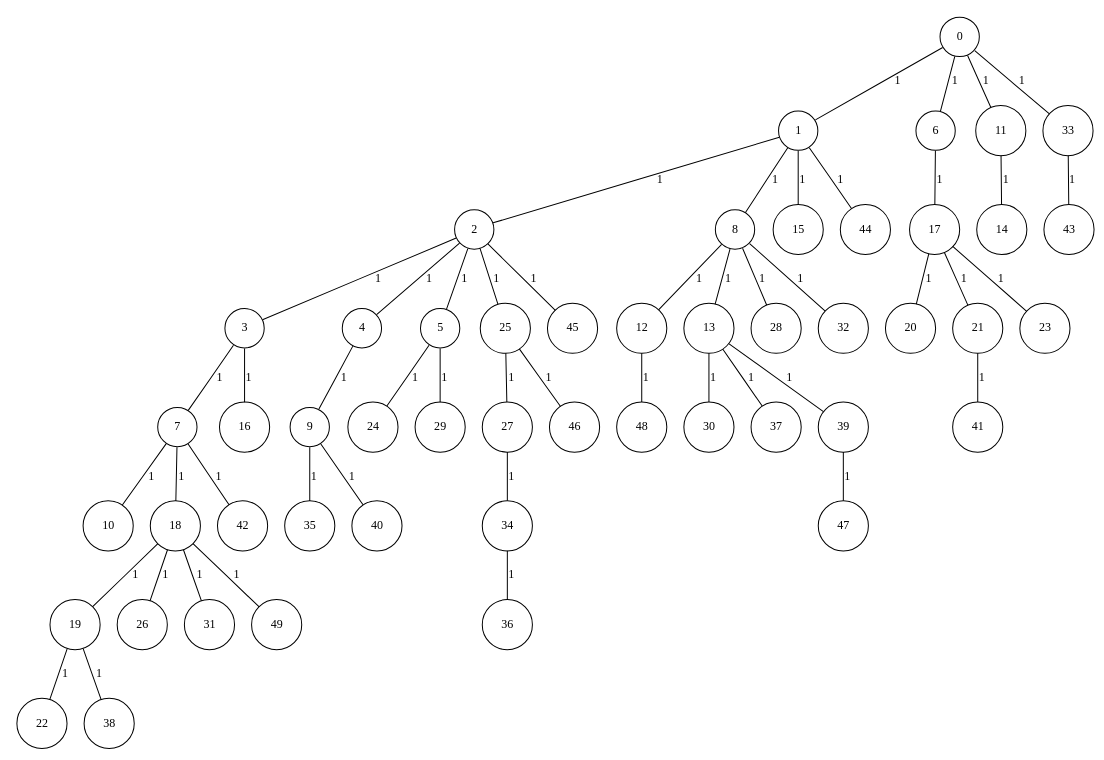
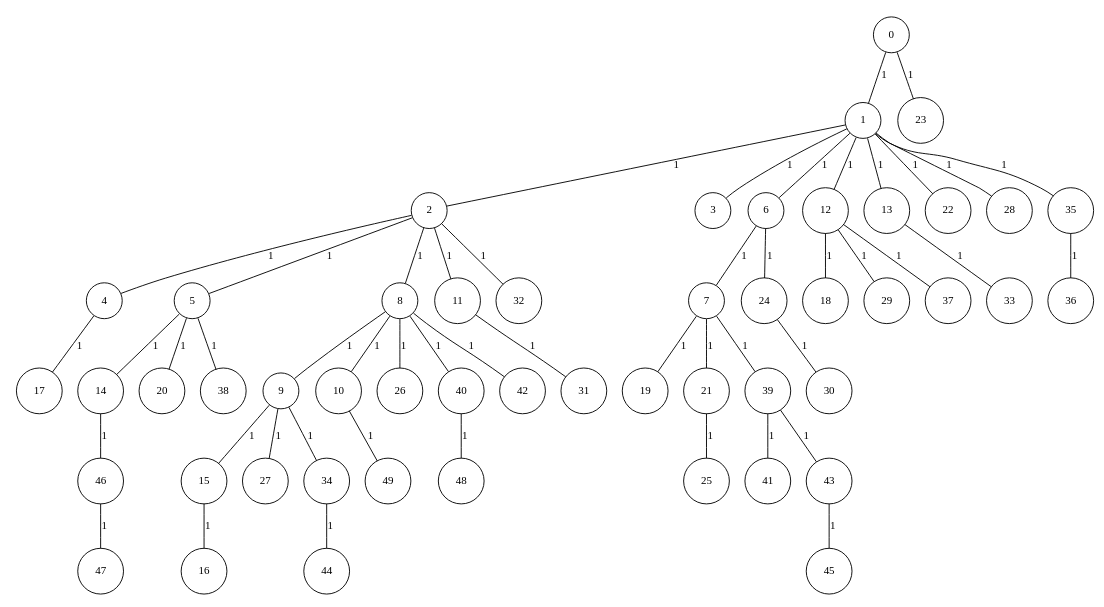
One commit to cardosodg/setcover-grasp changed the diagram in GraphGenerator/input/instGraph_50_9.txt.dot. Above: the diagram before and after it, drawn with Graphviz. The commit also changed 3448 other files, not shown here.

```diff
--- a/GraphGenerator/input/instGraph_50_9.txt.dot
+++ b/GraphGenerator/input/instGraph_50_9.txt.dot
@@ -1,109 +1,109 @@
 graph G {
 size="8.5,11;"
 ratio = "expand;"
 fixedsize="true;"
 overlap="scale;"
 node[shape=circle,width=.12,hight=.12,fontsize=12]
 edge[fontsize=12]
 
-0[label=" 0" color=black, pos="1.0077161,0.20767011!"];
-1[label=" 1" color=black, pos="2.7898795,0.52244779!"];
-2[label=" 2" color=black, pos="2.2574235,2.5375359!"];
-3[label=" 3" color=black, pos="2.1410653,1.5780062!"];
-4[label=" 4" color=black, pos="2.3143966,2.5353604!"];
-5[label=" 5" color=black, pos="1.8996868,1.7713671!"];
-6[label=" 6" color=black, pos="0.81540222,2.5652556!"];
-7[label=" 7" color=black, pos="0.61449552,2.0138811!"];
-8[label=" 8" color=black, pos="2.0391351,1.4034305!"];
-9[label=" 9" color=black, pos="1.3921792,1.648451!"];
-10[label=" 10" color=black, pos="2.9101423,2.2858847!"];
-11[label=" 11" color=black, pos="2.1735791,0.78923096!"];
-12[label=" 12" color=black, pos="1.4426649,2.7024375!"];
-13[label=" 13" color=black, pos="1.0502544,2.9140598!"];
-14[label=" 14" color=black, pos="2.0233231,0.40795912!"];
-15[label=" 15" color=black, pos="2.5380741,2.2600302!"];
-16[label=" 16" color=black, pos="1.6433914,0.40622367!"];
-17[label=" 17" color=black, pos="1.5893391,0.68517327!"];
-18[label=" 18" color=black, pos="2.2406616,1.5506891!"];
-19[label=" 19" color=black, pos="1.8349489,0.90221651!"];
-20[label=" 20" color=black, pos="2.6645115,2.6199653!"];
-21[label=" 21" color=black, pos="0.078458489,1.5804225!"];
-22[label=" 22" color=black, pos="2.0133406,1.7396003!"];
-23[label=" 23" color=black, pos="1.4102218,1.1286239!"];
-24[label=" 24" color=black, pos="0.66309125,2.0891839!"];
-25[label=" 25" color=black, pos="2.5895222,2.7519118!"];
-26[label=" 26" color=black, pos="0.74541511,2.2444246!"];
-27[label=" 27" color=black, pos="1.642521,2.8579777!"];
-28[label=" 28" color=black, pos="0.75129505,1.0217983!"];
-29[label=" 29" color=black, pos="2.0119682,0.93153515!"];
-30[label=" 30" color=black, pos="1.5906024,2.5767235!"];
-31[label=" 31" color=black, pos="2.6707659,0.054437472!"];
-32[label=" 32" color=black, pos="1.240195,2.5862875!"];
-33[label=" 33" color=black, pos="0.91797854,0.65990107!"];
-34[label=" 34" color=black, pos="1.6408002,2.2437576!"];
-35[label=" 35" color=black, pos="1.0509667,0.59035372!"];
-36[label=" 36" color=black, pos="1.5796783,1.6320153!"];
-37[label=" 37" color=black, pos="0.21437285,0.61695536!"];
-38[label=" 38" color=black, pos="0.2346859,0.80579945!"];
-39[label=" 39" color=black, pos="2.8990263,1.2393089!"];
-40[label=" 40" color=black, pos="1.0038583,1.9689385!"];
-41[label=" 41" color=black, pos="0.16379576,2.5852305!"];
-42[label=" 42" color=black, pos="2.5331652,2.0879172!"];
-43[label=" 43" color=black, pos="1.9307234,1.3863938!"];
-44[label=" 44" color=black, pos="1.290423,1.1020483!"];
-45[label=" 45" color=black, pos="1.5819596,0.30977111!"];
-46[label=" 46" color=black, pos="2.9126826,1.7220973!"];
-47[label=" 47" color=black, pos="0.97580748,2.9509302!"];
-48[label=" 48" color=black, pos="0.78700269,1.9015026!"];
-49[label=" 49" color=black, pos="1.5487082,2.7553944!"];
+0[label=" 0" color=black, pos="0.38313084,0.7778838!"];
+1[label=" 1" color=black, pos="1.0414966,0.20358918!"];
+2[label=" 2" color=black, pos="2.8845257,0.96535684!"];
+3[label=" 3" color=black, pos="1.5726096,0.33826057!"];
+4[label=" 4" color=black, pos="1.5454861,0.67464566!"];
+5[label=" 5" color=black, pos="2.0152197,2.2584883!"];
+6[label=" 6" color=black, pos="1.4113765,1.3234675!"];
+7[label=" 7" color=black, pos="2.6150597,0.99419926!"];
+8[label=" 8" color=black, pos="2.3503792,1.9699899!"];
+9[label=" 9" color=black, pos="0.73327667,2.9576402!"];
+10[label=" 10" color=black, pos="0.30525438,2.4163694!"];
+11[label=" 11" color=black, pos="0.59998055,1.3429506!"];
+12[label=" 12" color=black, pos="1.3976255,0.80104396!"];
+13[label=" 13" color=black, pos="0.49784326,2.9149523!"];
+14[label=" 14" color=black, pos="0.93683211,1.8814683!"];
+15[label=" 15" color=black, pos="2.5515937,2.5500824!"];
+16[label=" 16" color=black, pos="2.6477506,1.2938486!"];
+17[label=" 17" color=black, pos="1.6936515,1.9988296!"];
+18[label=" 18" color=black, pos="2.1744858,2.8767698!"];
+19[label=" 19" color=black, pos="0.16982897,0.91993303!"];
+20[label=" 20" color=black, pos="0.23731672,2.9802996!"];
+21[label=" 21" color=black, pos="0.78050924,0.64437974!"];
+22[label=" 22" color=black, pos="1.1336716,1.2692332!"];
+23[label=" 23" color=black, pos="1.4015155,1.5872381!"];
+24[label=" 24" color=black, pos="0.33938793,1.4302934!"];
+25[label=" 25" color=black, pos="1.1325755,1.0319453!"];
+26[label=" 26" color=black, pos="2.844322,1.0815278!"];
+27[label=" 27" color=black, pos="1.1284355,2.5816054!"];
+28[label=" 28" color=black, pos="2.7224378,0.10091218!"];
+29[label=" 29" color=black, pos="1.4571569,0.22028837!"];
+30[label=" 30" color=black, pos="0.27113993,1.2760938!"];
+31[label=" 31" color=black, pos="1.3088371,1.7219216!"];
+32[label=" 32" color=black, pos="2.7444186,1.6812645!"];
+33[label=" 33" color=black, pos="0.58133798,1.1840555!"];
+34[label=" 34" color=black, pos="2.6219248,0.43981098!"];
+35[label=" 35" color=black, pos="2.267044,2.1161124!"];
+36[label=" 36" color=black, pos="2.5833215,1.4924288!"];
+37[label=" 37" color=black, pos="1.9623165,1.6313068!"];
+38[label=" 38" color=black, pos="0.20223874,1.9061119!"];
+39[label=" 39" color=black, pos="2.7707325,2.1593009!"];
+40[label=" 40" color=black, pos="0.78024851,0.39214514!"];
+41[label=" 41" color=black, pos="2.5537751,2.7872465!"];
+42[label=" 42" color=black, pos="0.84178386,0.92606015!"];
+43[label=" 43" color=black, pos="1.2484739,1.0983097!"];
+44[label=" 44" color=black, pos="0.25919718,2.8722737!"];
+45[label=" 45" color=black, pos="1.3034557,1.4549702!"];
+46[label=" 46" color=black, pos="1.4109811,0.016770329!"];
+47[label=" 47" color=black, pos="1.9891156,0.6968646!"];
+48[label=" 48" color=black, pos="2.0166367,0.13095062!"];
+49[label=" 49" color=black, pos="1.6652104,1.7461117!"];
 0--1[label="1"]
-0--6[label="1"]
-0--11[label="1"]
-0--33[label="1"]
+0--23[label="1"]
 1--2[label="1"]
-1--8[label="1"]
-1--15[label="1"]
-1--44[label="1"]
-2--3[label="1"]
+1--3[label="1"]
+1--6[label="1"]
+1--12[label="1"]
+1--13[label="1"]
+1--22[label="1"]
+1--28[label="1"]
+1--35[label="1"]
 2--4[label="1"]
 2--5[label="1"]
-2--25[label="1"]
-2--45[label="1"]
-3--7[label="1"]
-3--16[label="1"]
-4--9[label="1"]
-5--24[label="1"]
-5--29[label="1"]
-6--17[label="1"]
-7--10[label="1"]
-7--18[label="1"]
-7--42[label="1"]
-8--12[label="1"]
-8--13[label="1"]
-8--28[label="1"]
-8--32[label="1"]
-9--35[label="1"]
-9--40[label="1"]
-11--14[label="1"]
-12--48[label="1"]
-13--30[label="1"]
-13--37[label="1"]
-13--39[label="1"]
-17--20[label="1"]
-17--21[label="1"]
-17--23[label="1"]
-18--19[label="1"]
-18--26[label="1"]
-18--31[label="1"]
-18--49[label="1"]
-19--22[label="1"]
-19--38[label="1"]
-21--41[label="1"]
-25--27[label="1"]
-25--46[label="1"]
-27--34[label="1"]
-33--43[label="1"]
-34--36[label="1"]
-39--47[label="1"]
+2--8[label="1"]
+2--11[label="1"]
+2--32[label="1"]
+4--17[label="1"]
+5--14[label="1"]
+5--20[label="1"]
+5--38[label="1"]
+6--7[label="1"]
+6--24[label="1"]
+7--19[label="1"]
+7--21[label="1"]
+7--39[label="1"]
+8--9[label="1"]
+8--10[label="1"]
+8--26[label="1"]
+8--40[label="1"]
+8--42[label="1"]
+9--15[label="1"]
+9--27[label="1"]
+9--34[label="1"]
+10--49[label="1"]
+11--31[label="1"]
+12--18[label="1"]
+12--29[label="1"]
+12--37[label="1"]
+13--33[label="1"]
+14--46[label="1"]
+15--16[label="1"]
+21--25[label="1"]
+24--30[label="1"]
+34--44[label="1"]
+35--36[label="1"]
+39--41[label="1"]
+39--43[label="1"]
+40--48[label="1"]
+43--45[label="1"]
+46--47[label="1"]
 
 }
```
